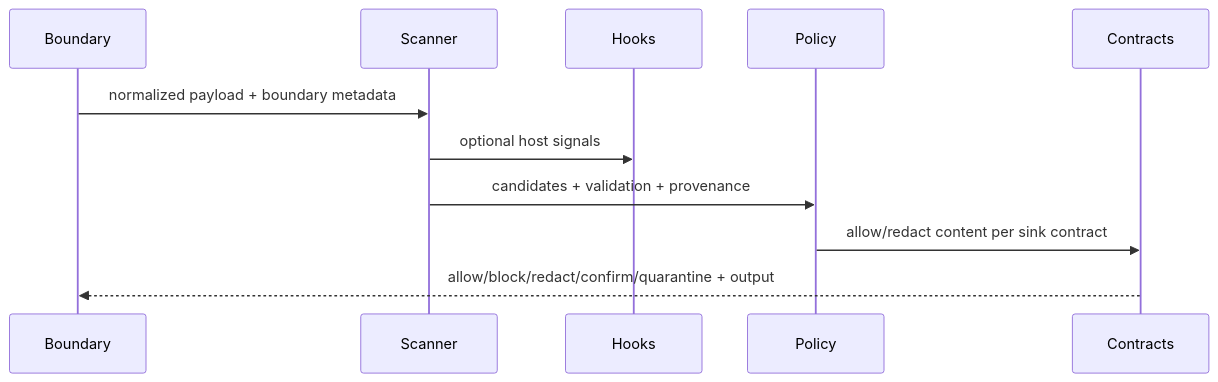
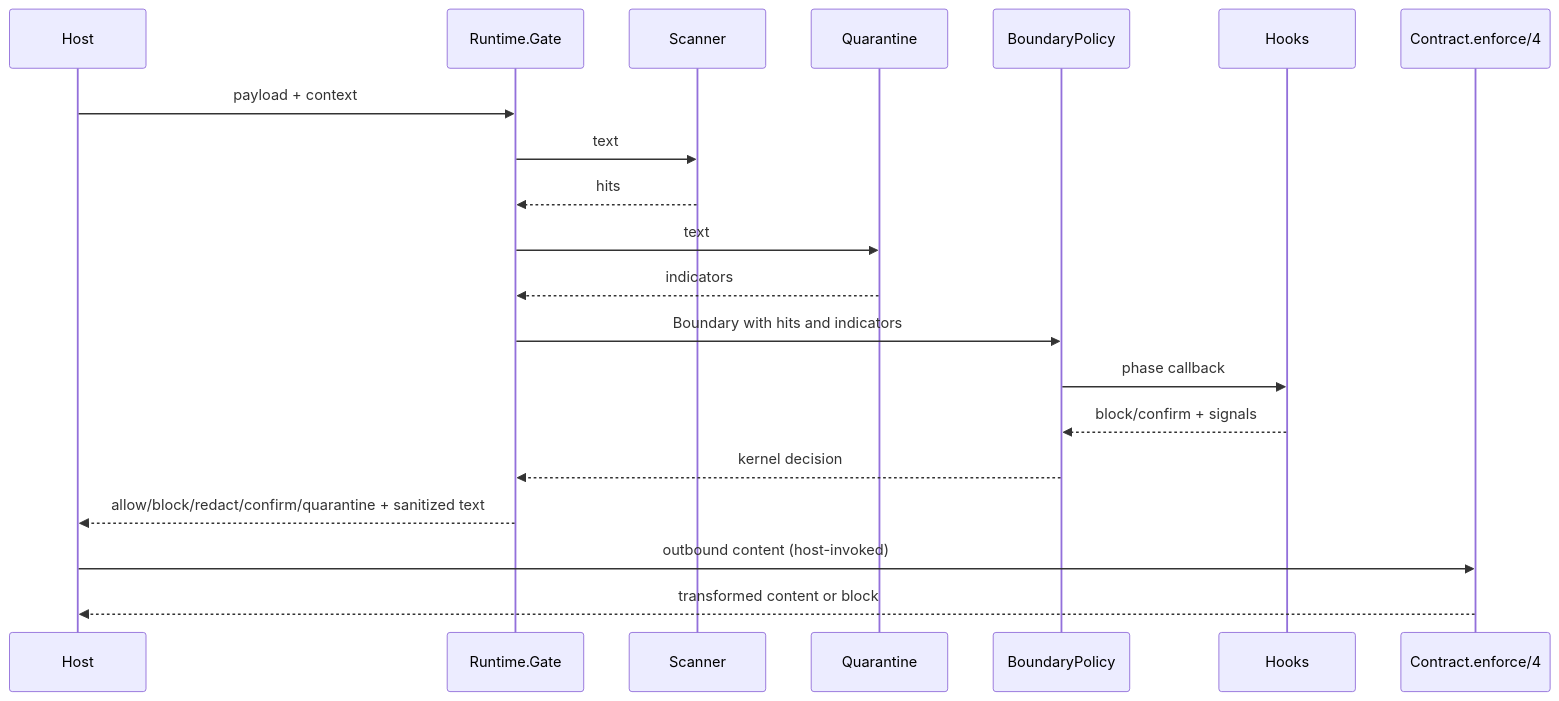
One commit to refpath/sigil_guard changed the diagram in docs/specs/SP.04-boundary-scanner-and-policy-kernel.md. Above: the diagram before and after it, drawn with Mermaid. The commit also changed other lines of this file and 22 other files, not shown here.

````diff
--- a/docs/specs/SP.04-boundary-scanner-and-policy-kernel.md
+++ b/docs/specs/SP.04-boundary-scanner-and-policy-kernel.md
@@ -123,14 +164,23 @@
 ```mermaid
 sequenceDiagram
-    participant Boundary
+    participant Host
+    participant Gate as Runtime.Gate
     participant Scanner
+    participant Quarantine
+    participant Policy as BoundaryPolicy
     participant Hooks
-    participant Policy
-    participant Contracts
+    participant Contracts as Contract.enforce/4
 
-    Boundary->>Scanner: normalized payload + boundary metadata
-    Scanner->>Hooks: optional host signals
-    Scanner->>Policy: candidates + validation + provenance
-    Policy->>Contracts: allow/redact content per sink contract
-    Contracts-->>Boundary: allow/block/redact/confirm/quarantine + output
+    Host->>Gate: payload + context
+    Gate->>Scanner: text
+    Scanner-->>Gate: hits
+    Gate->>Quarantine: text
+    Quarantine-->>Gate: indicators
+    Gate->>Policy: Boundary with hits and indicators
+    Policy->>Hooks: phase callback
+    Hooks-->>Policy: block/confirm + signals
+    Policy-->>Gate: kernel decision
+    Gate-->>Host: allow/block/redact/confirm/quarantine + sanitized text
+    Host->>Contracts: outbound content (host-invoked)
+    Contracts-->>Host: transformed content or block
 ```
````
